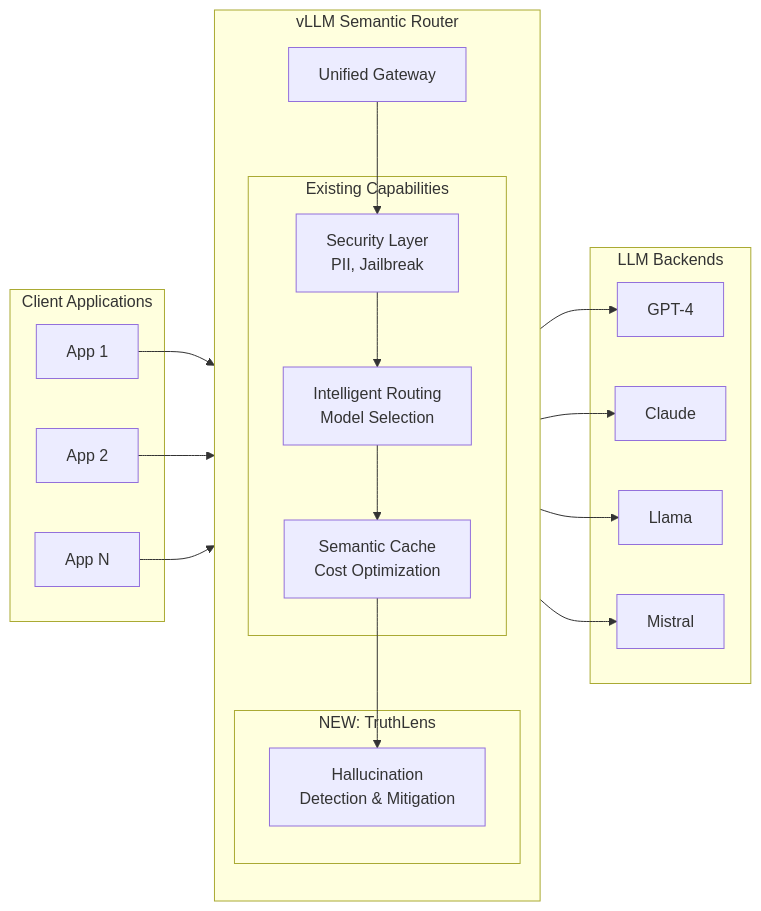
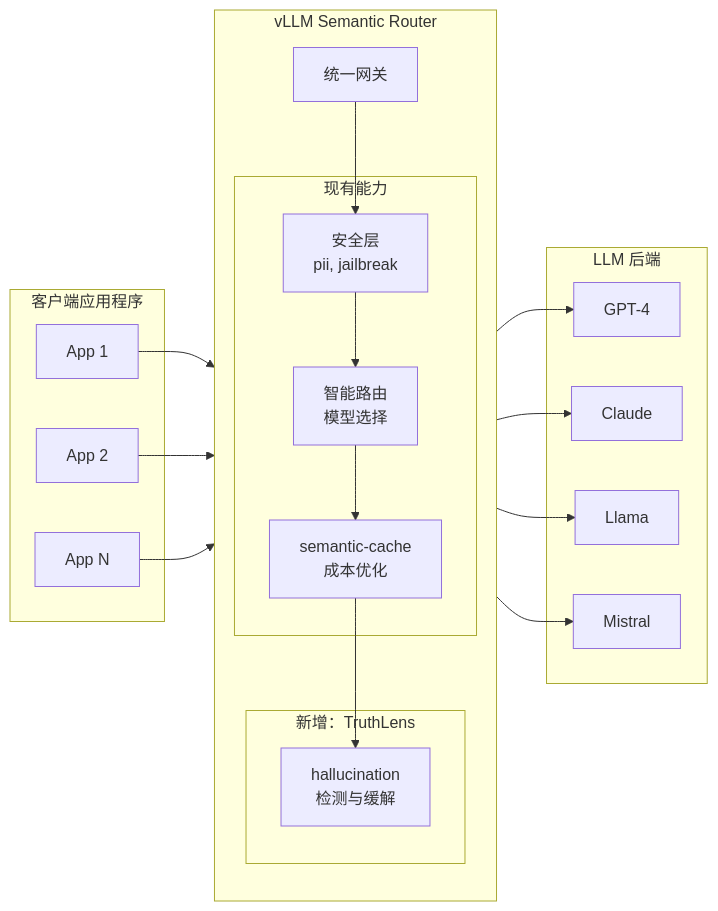
Before and after one commit to vllm-project/semantic-router: the second of 7 diagrams in website/i18n/zh-Hans/docusaurus-plugin-content-docs/version-v0.1/proposals/hallucination-mitigation-milestone.md, drawn with Mermaid. The commit also changed other lines of this file and 7 other files, not shown here.

````diff
--- a/website/i18n/zh-Hans/docusaurus-plugin-content-docs/version-v0.1/proposals/hallucination-mitigation-milestone.md
+++ b/website/i18n/zh-Hans/docusaurus-plugin-content-docs/version-v0.1/proposals/hallucination-mitigation-milestone.md
@@ -72,44 +72,44 @@
 ```mermaid
 flowchart LR
-    subgraph "Client Applications"
+    subgraph "客户端应用程序"
         APP1[App 1]
         APP2[App 2]
         APP3[App N]
     end
 
     subgraph "vLLM Semantic Router"
         direction TB
-        GW[Unified Gateway]
+        GW[统一网关]
 
-        subgraph "Existing Capabilities"
-            SEC[Security Layer<br/>PII, Jailbreak]
-            ROUTE[Intelligent Routing<br/>Model Selection]
-            CACHE[Semantic Cache<br/>Cost Optimization]
+        subgraph "现有能力"
+            SEC[安全层<br/>pii, jailbreak]
+            ROUTE[智能路由<br/>模型选择]
+            CACHE[semantic-cache<br/>成本优化]
         end
 
-        subgraph "NEW: TruthLens"
-            HALL[Hallucination<br/>Detection & Mitigation]
+        subgraph "新增：TruthLens"
+            HALL[hallucination<br/>检测与缓解]
         end
     end
 
-    subgraph "LLM Backends"
+    subgraph "LLM 后端"
         LLM1[GPT-4]
         LLM2[Claude]
         LLM3[Llama]
         LLM4[Mistral]
     end
 
     APP1 --> GW
     APP2 --> GW
     APP3 --> GW
 
     GW --> SEC
     SEC --> ROUTE
     ROUTE --> CACHE
     CACHE --> HALL
 
     HALL --> LLM1
     HALL --> LLM2
     HALL --> LLM3
     HALL --> LLM4
 ```
````
